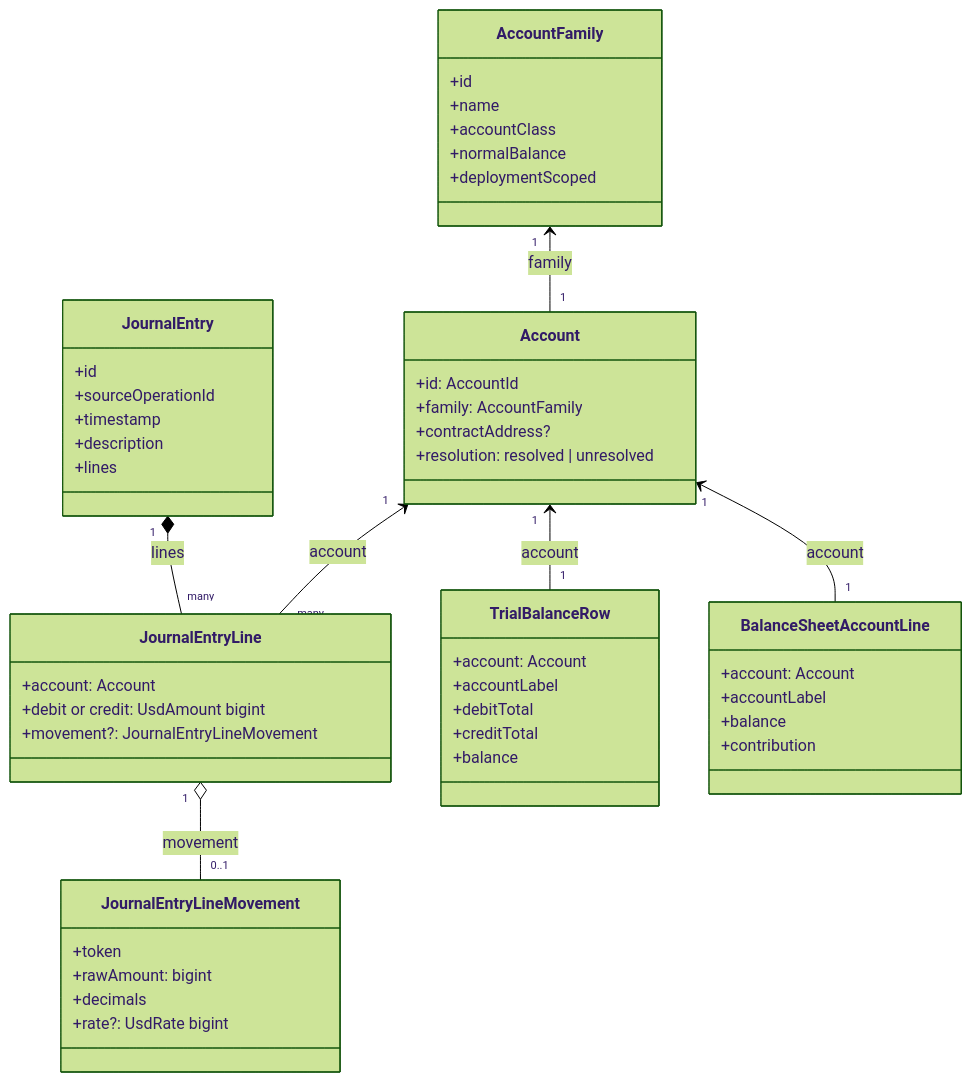
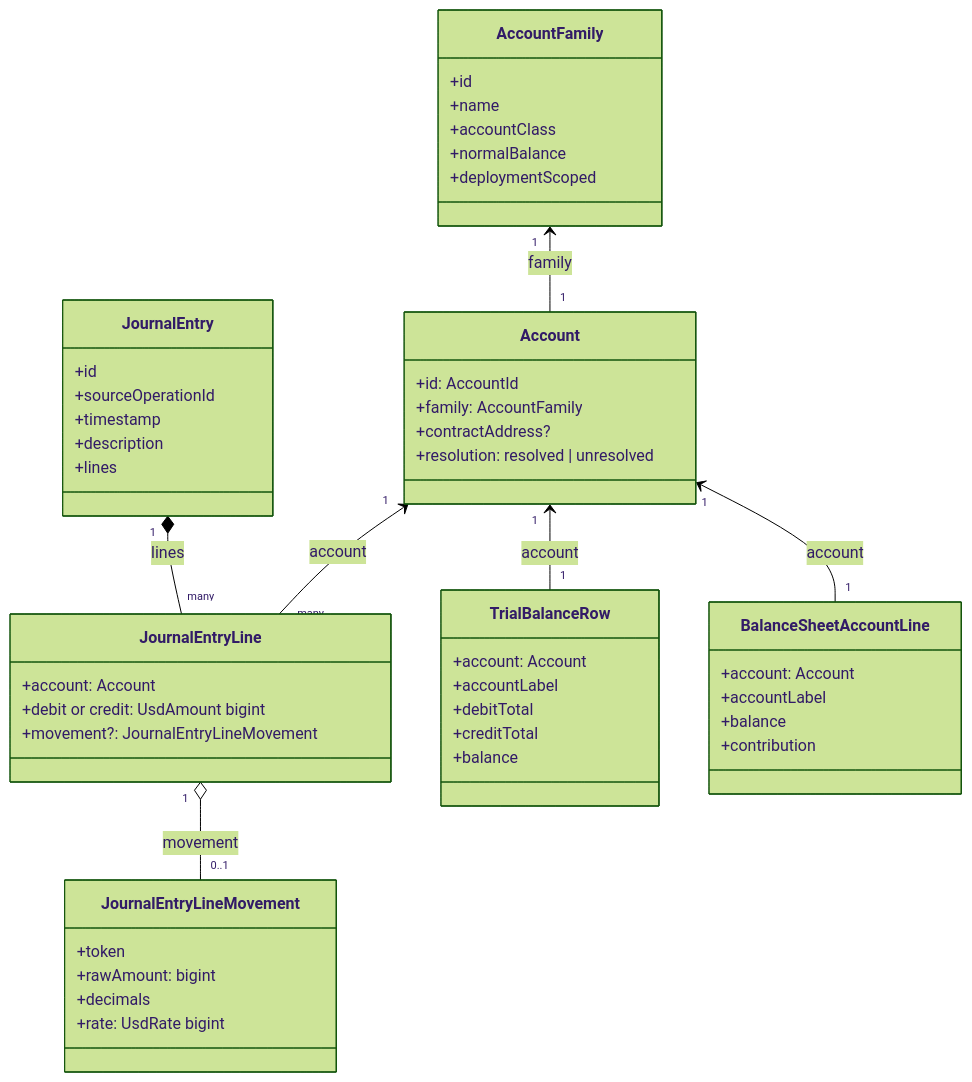
Before and after one commit to globe-and-citizen/cnc-portal: the third of 5 diagrams in docs/implementation/accounting-read-model/README.md, drawn with Mermaid (forest theme). The commit also changed other lines of this file and 2 other files, not shown here.

````diff
--- a/docs/implementation/accounting-read-model/README.md
+++ b/docs/implementation/accounting-read-model/README.md
@@ -78,54 +80,54 @@
 ```mermaid
 classDiagram
     class AccountFamily {
         +id
         +name
         +accountClass
         +normalBalance
         +deploymentScoped
     }
     class Account {
         +id: AccountId
         +family: AccountFamily
         +contractAddress?
         +resolution: resolved | unresolved
     }
     class JournalEntry {
         +id
         +sourceOperationId
         +timestamp
         +description
         +lines
     }
     class JournalEntryLine {
         +account: Account
         +debit or credit: UsdAmount bigint
         +movement?: JournalEntryLineMovement
     }
     class JournalEntryLineMovement {
         +token
         +rawAmount: bigint
         +decimals
-        +rate?: UsdRate bigint
+        +rate: UsdRate bigint
     }
     class TrialBalanceRow {
         +account: Account
         +accountLabel
         +debitTotal
         +creditTotal
         +balance
     }
     class BalanceSheetAccountLine {
         +account: Account
         +accountLabel
         +balance
         +contribution
     }
 
     AccountFamily "1" <-- "1" Account : family
     Account "1" <-- "many" JournalEntryLine : account
     JournalEntry "1" *-- "many" JournalEntryLine : lines
     JournalEntryLine "1" o-- "0..1" JournalEntryLineMovement : movement
     Account "1" <-- "1" TrialBalanceRow : account
     Account "1" <-- "1" BalanceSheetAccountLine : account
 ```
````
